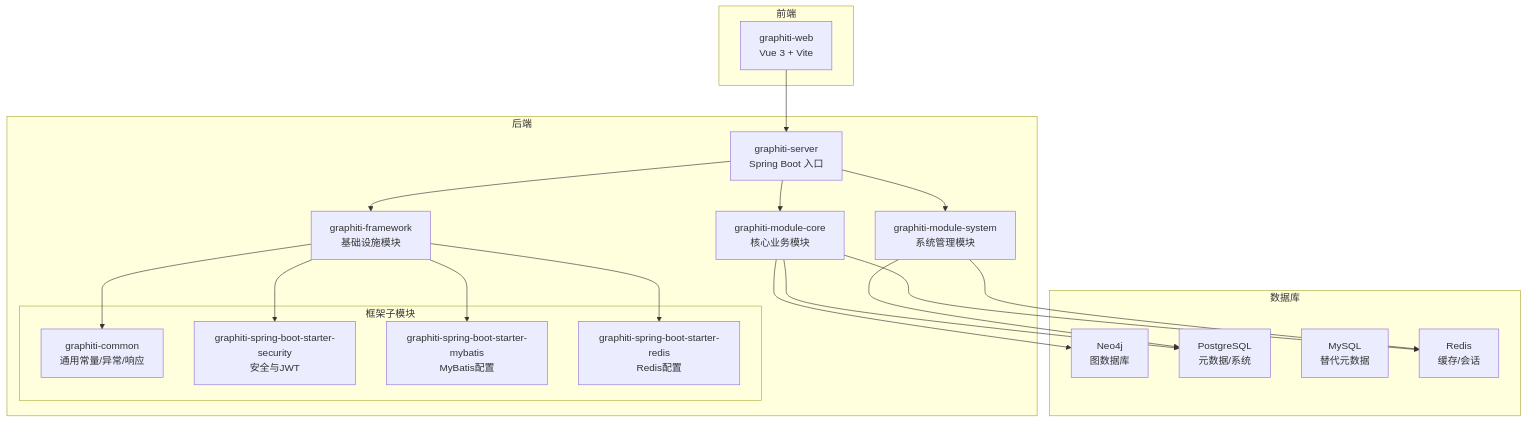
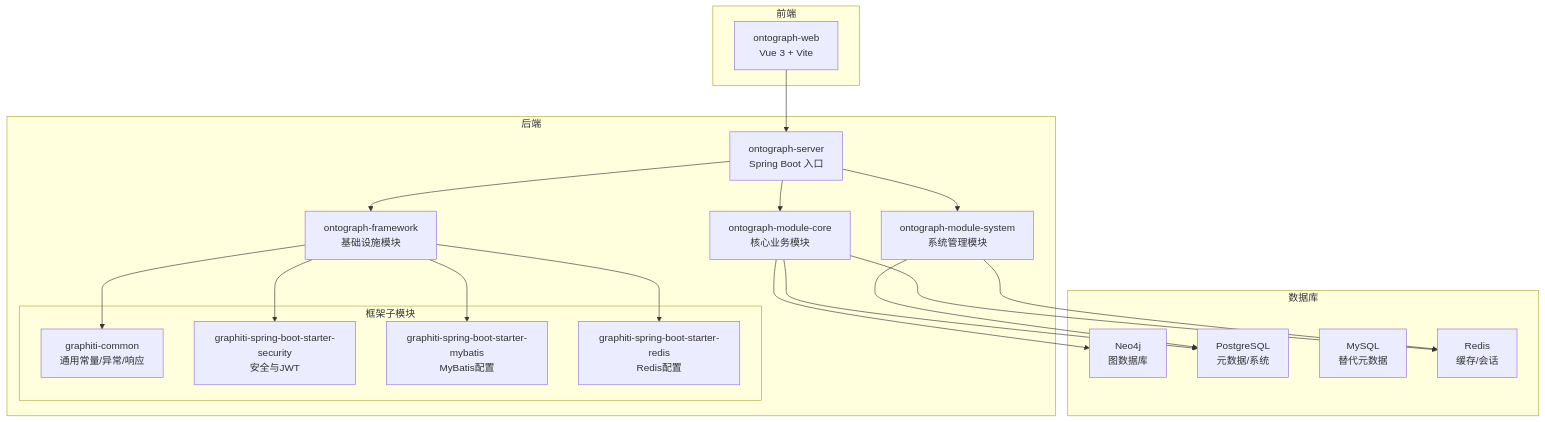
One commit to joezxh/graphiti-java changed the first of 6 diagrams in docs/manual/开发指南/代码规范/代码规范.md. Above: the diagram before and after it, drawn with Mermaid. The commit also changed other lines of this file and 200 other files, not shown here.

````diff
--- a/docs/manual/开发指南/代码规范/代码规范.md
+++ b/docs/manual/开发指南/代码规范/代码规范.md
@@ -40,37 +40,37 @@
 ```mermaid
 graph TB
 subgraph "后端"
-S["graphiti-server<br/>Spring Boot 入口"]
-C["graphiti-module-core<br/>核心业务模块"]
-SYS["graphiti-module-system<br/>系统管理模块"]
-F["graphiti-framework<br/>基础设施模块"]
+S["ontograph-server<br/>Spring Boot 入口"]
+C["ontograph-module-core<br/>核心业务模块"]
+SYS["ontograph-module-system<br/>系统管理模块"]
+F["ontograph-framework<br/>基础设施模块"]
 subgraph "框架子模块"
 FC["graphiti-common<br/>通用常量/异常/响应"]
 FS["graphiti-spring-boot-starter-security<br/>安全与JWT"]
 FM["graphiti-spring-boot-starter-mybatis<br/>MyBatis配置"]
 FR["graphiti-spring-boot-starter-redis<br/>Redis配置"]
 end
 end
 subgraph "前端"
-WEB["graphiti-web<br/>Vue 3 + Vite"]
+WEB["ontograph-web<br/>Vue 3 + Vite"]
 end
 subgraph "数据库"
 N4J["Neo4j<br/>图数据库"]
 PG["PostgreSQL<br/>元数据/系统"]
 MY["MySQL<br/>替代元数据"]
 RD["Redis<br/>缓存/会话"]
 end
 S --> C
 S --> SYS
 S --> F
 F --> FC
 F --> FS
 F --> FM
 F --> FR
 C --> N4J
 C --> PG
 C --> RD
 SYS --> PG
 SYS --> RD
 WEB --> S
 ```
````
